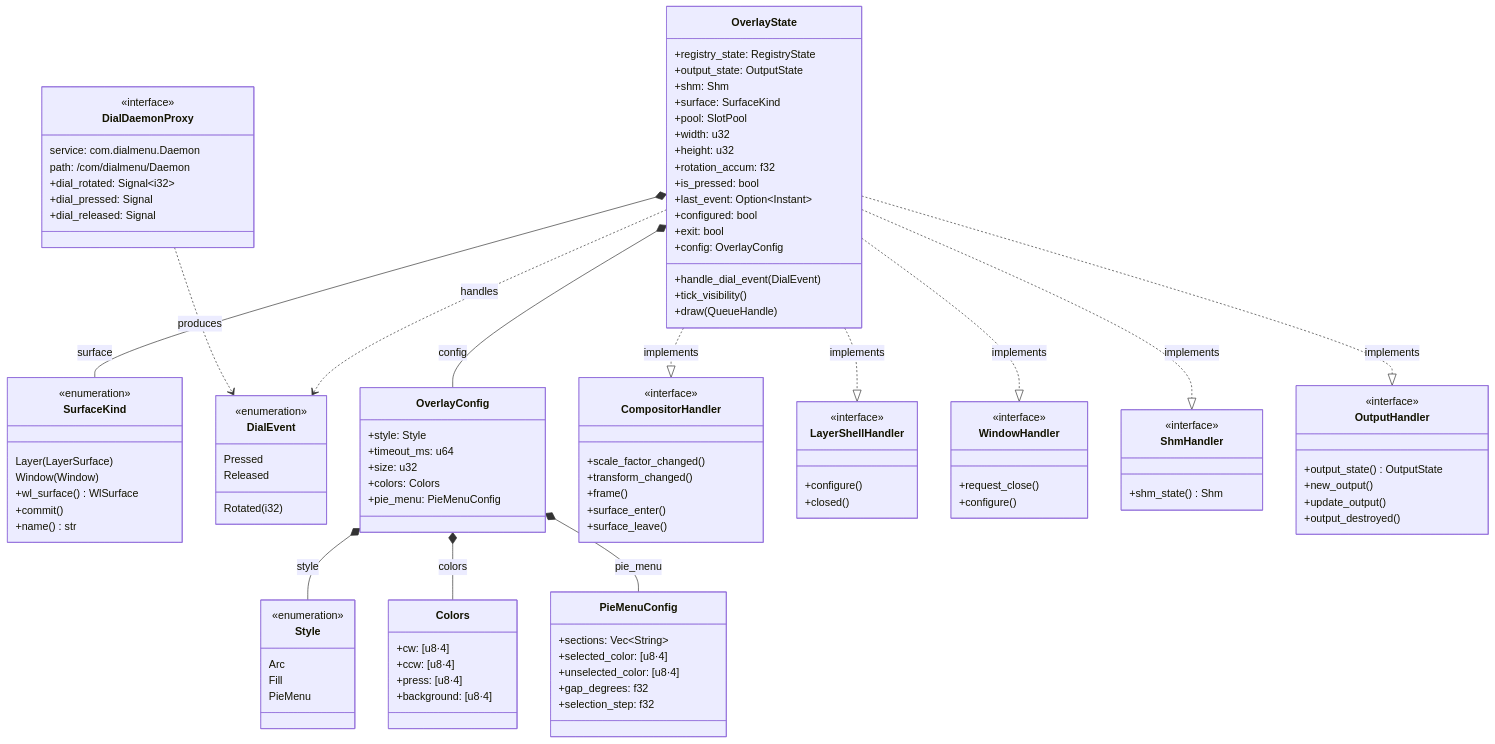
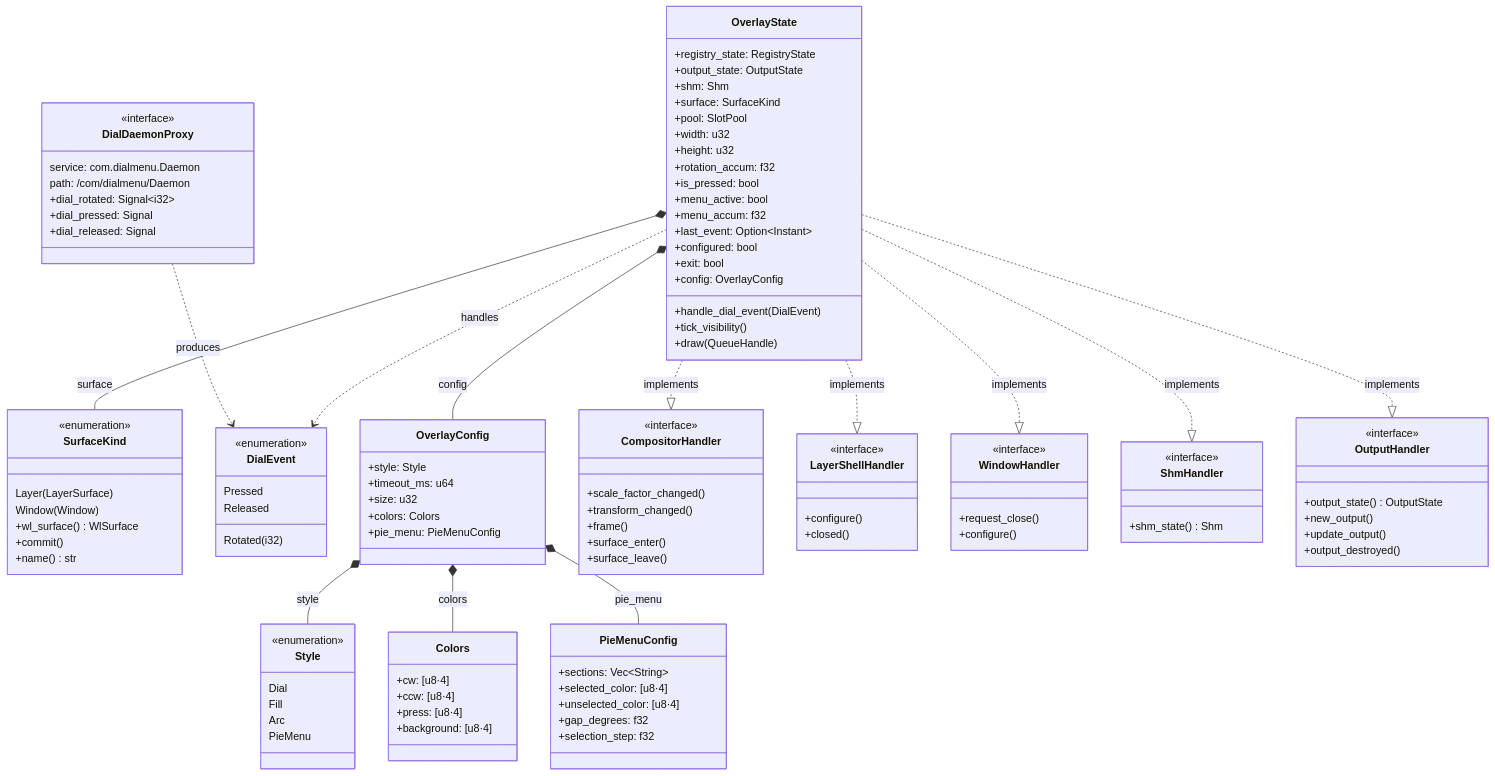
Before and after one commit to specis/surface-dial-overlay: the first of 6 diagrams in ARCHITECTURE.md, drawn with Mermaid. The commit also changed other lines of this file and 4 other files, not shown here.

```diff
--- a/ARCHITECTURE.md
+++ b/ARCHITECTURE.md
@@ -16,6 +16,8 @@
         +height: u32
         +rotation_accum: f32
         +is_pressed: bool
+        +menu_active: bool
+        +menu_accum: f32
         +last_event: Option~Instant~
         +configured: bool
         +exit: bool
@@ -51,8 +53,9 @@
 
     class Style {
         <<enumeration>>
+        Dial
+        Fill
         Arc
-        Fill
         PieMenu
     }
 
```
